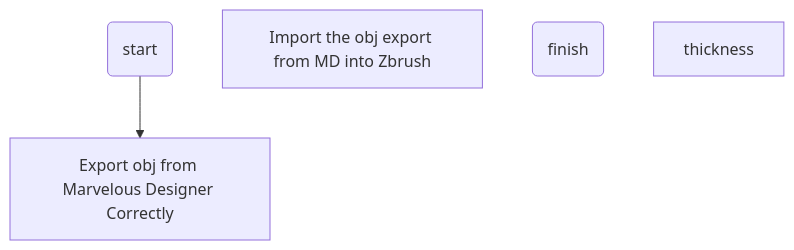
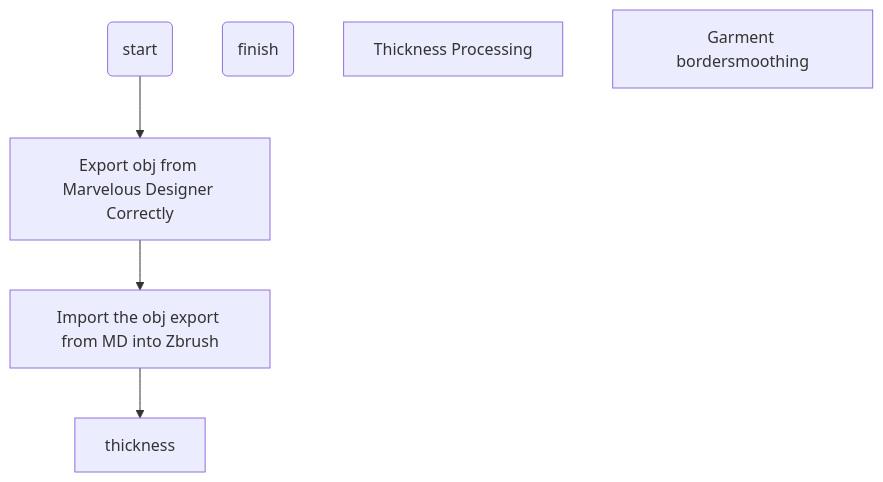
One commit to Navix647/Unreal_World changed the diagram in Zbrush.md. Above: the diagram before and after it, drawn with Mermaid. The commit also changed other lines of this file, not shown here.

Commit message:
Zbrush.md updated from https://stackedit.io/

````diff
--- a/Zbrush.md
+++ b/Zbrush.md
@@ -4,12 +4,14 @@
 ```mermaid
 flowchart
 	st(start)
 	mdexport[Export obj from Marvelous Designer Correctly]
 	zbimport[Import the obj export from MD into Zbrush]
 	ed(finish)
-	st-->mdexport
-	thickness
+	
+	thicknesss[Thickness Processing]
+	bordersmooth[Garment bordersmoothing]
+	st-->mdexport-->zbimport-->thickness
 	
 
 
 ```
````
